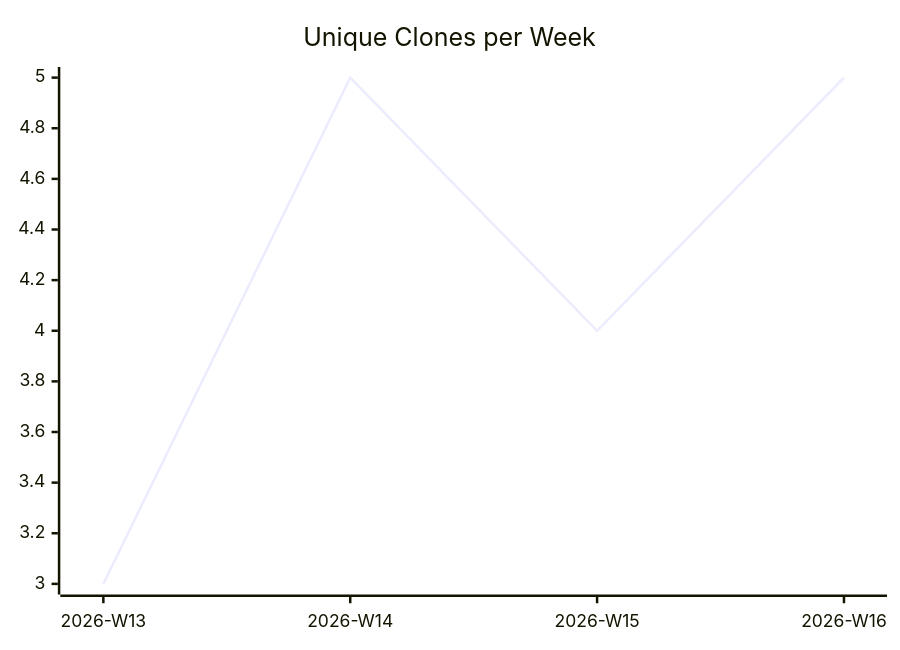
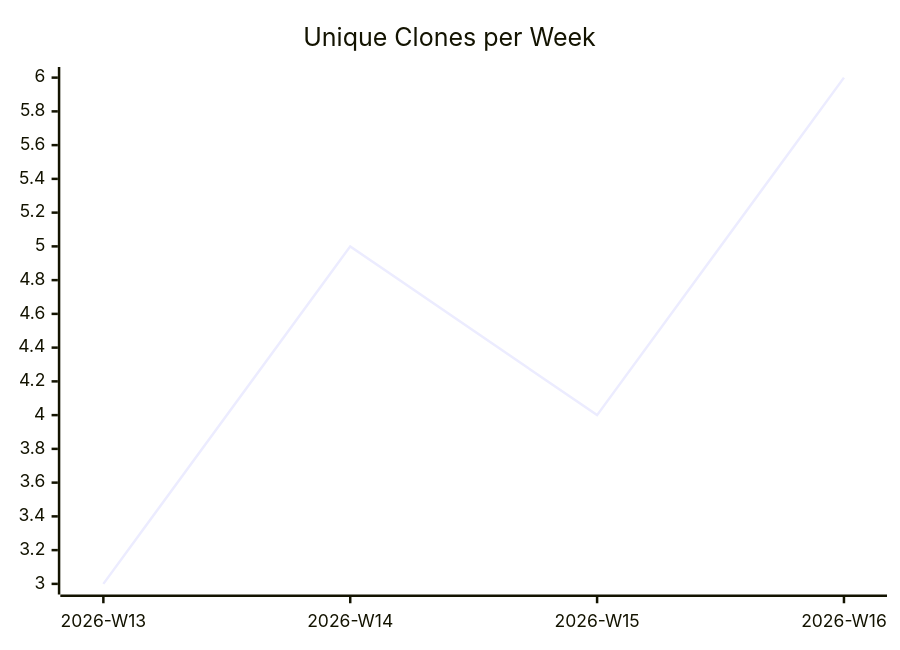
Before and after one commit to justdavis-family/github-analytics-data: the third of 3 diagrams in karlmdavis/dotfiles/README.md, drawn with Mermaid. The commit also changed other lines of this file and 184 other files, not shown here.

````diff
--- a/karlmdavis/dotfiles/README.md
+++ b/karlmdavis/dotfiles/README.md
@@ -19,6 +19,6 @@
 ```mermaid
 xychart-beta
   title "Unique Clones per Week"
   x-axis ["2026-W13", "2026-W14", "2026-W15", "2026-W16"]
-  line [3, 5, 4, 5]
+  line [3, 5, 4, 6]
 ```
````
